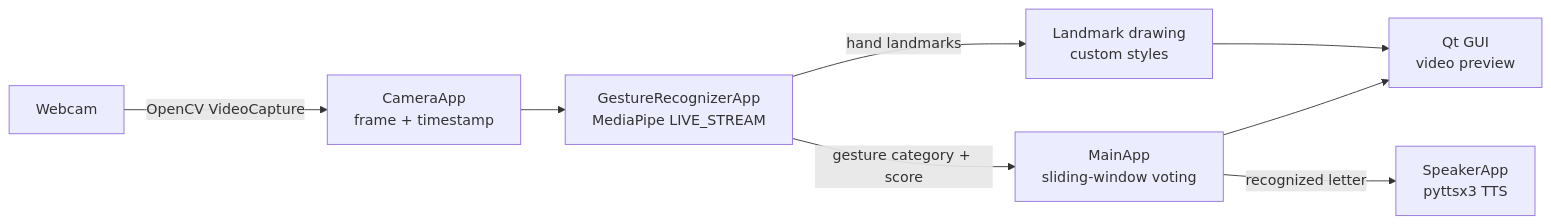
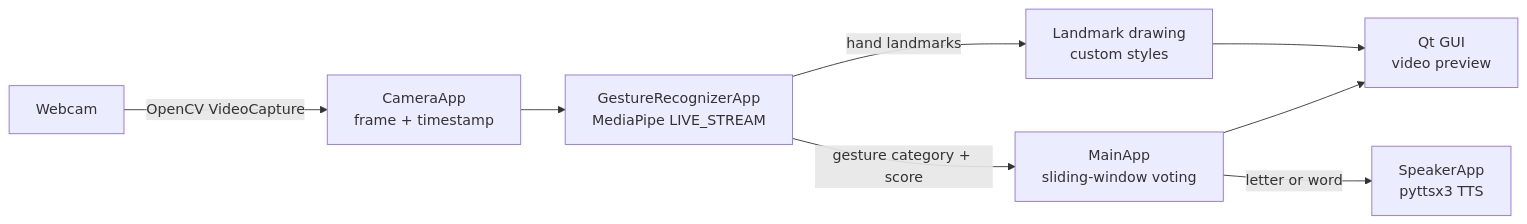
Before and after one commit to DXtR1337/AI_sign_language_translator: the diagram in README.md, drawn with Mermaid. The commit also changed other lines of this file and 13 other files, not shown here.

````diff
--- a/README.md
+++ b/README.md
@@ -48,10 +48,10 @@
 ```mermaid
 flowchart LR
     A[Webcam] -->|OpenCV VideoCapture| B[CameraApp<br/>frame + timestamp]
     B --> C[GestureRecognizerApp<br/>MediaPipe LIVE_STREAM]
     C -->|hand landmarks| D[Landmark drawing<br/>custom styles]
     C -->|gesture category + score| E[MainApp<br/>sliding-window voting]
     D --> F[Qt GUI<br/>video preview]
     E --> F
-    E -->|recognized letter| G[SpeakerApp<br/>pyttsx3 TTS]
+    E -->|letter or word| G[SpeakerApp<br/>pyttsx3 TTS]
 ```
````
